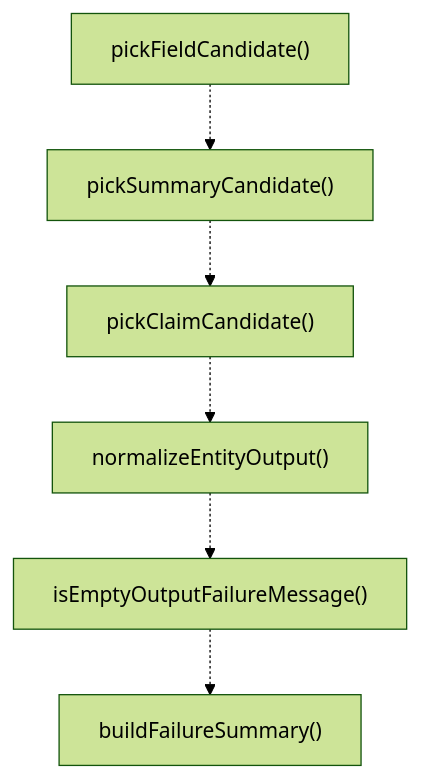
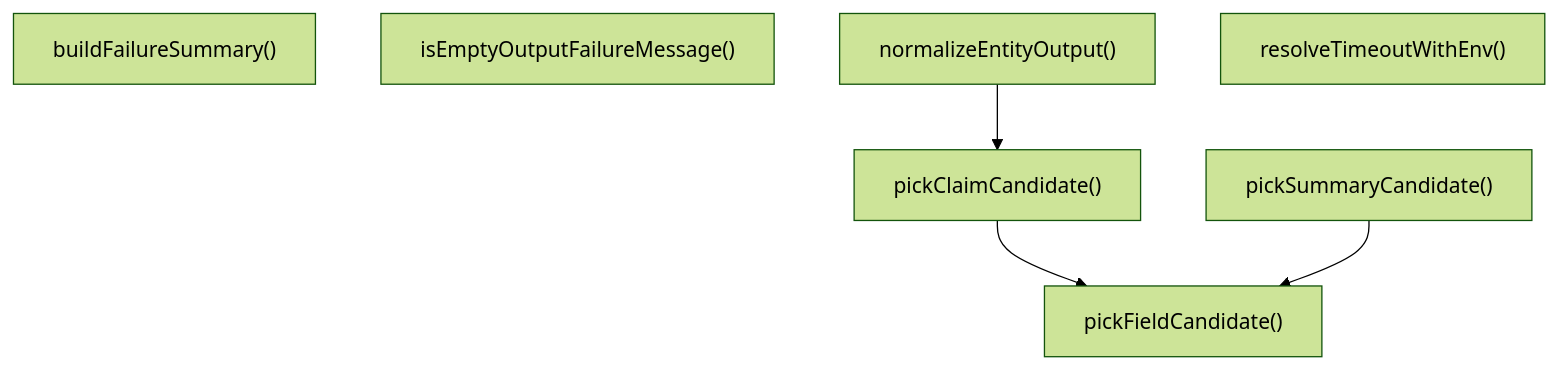
Before and after one commit to Mekann2904/mekann: the third of 4 diagrams in ABDD/.pi/lib/agent-common.md, drawn with Mermaid (forest theme). The commit also changed other lines of this file and 277 other files, not shown here.

````diff
--- a/ABDD/.pi/lib/agent-common.md
+++ b/ABDD/.pi/lib/agent-common.md
@@ -90,14 +90,13 @@
 ```mermaid
 flowchart TD
+  buildFailureSummary["buildFailureSummary()"]
+  isEmptyOutputFailureMessage["isEmptyOutputFailureMessage()"]
+  normalizeEntityOutput["normalizeEntityOutput()"]
+  pickClaimCandidate["pickClaimCandidate()"]
   pickFieldCandidate["pickFieldCandidate()"]
   pickSummaryCandidate["pickSummaryCandidate()"]
-  pickClaimCandidate["pickClaimCandidate()"]
-  normalizeEntityOutput["normalizeEntityOutput()"]
-  isEmptyOutputFailureMessage["isEmptyOutputFailureMessage()"]
-  buildFailureSummary["buildFailureSummary()"]
-  pickFieldCandidate -.-> pickSummaryCandidate
-  pickSummaryCandidate -.-> pickClaimCandidate
-  pickClaimCandidate -.-> normalizeEntityOutput
-  normalizeEntityOutput -.-> isEmptyOutputFailureMessage
-  isEmptyOutputFailureMessage -.-> buildFailureSummary
+  resolveTimeoutWithEnv["resolveTimeoutWithEnv()"]
+  normalizeEntityOutput --> pickClaimCandidate
+  pickClaimCandidate --> pickFieldCandidate
+  pickSummaryCandidate --> pickFieldCandidate
 ```
````
